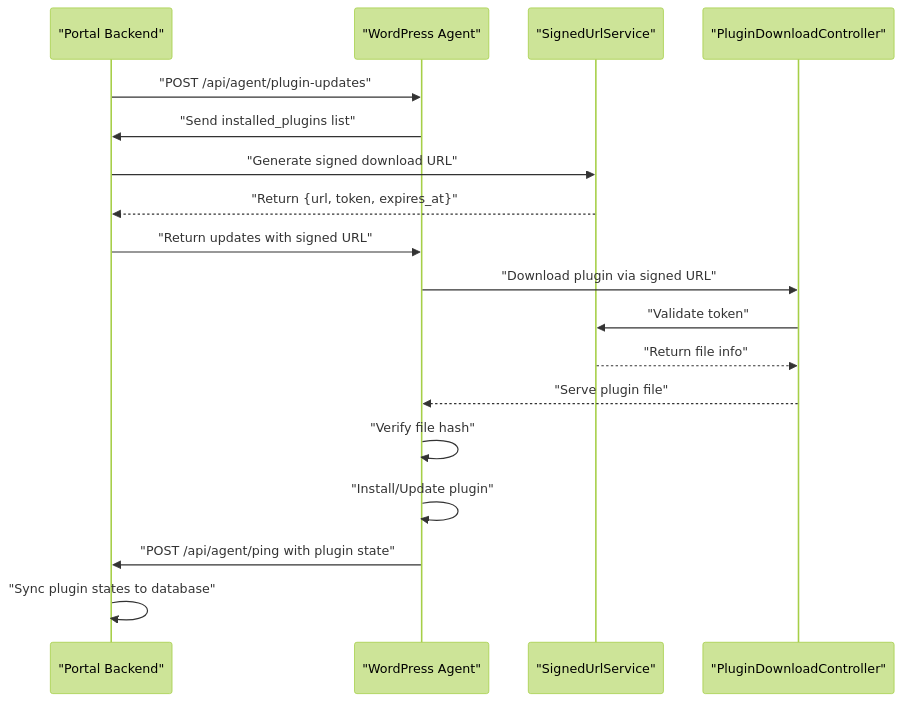
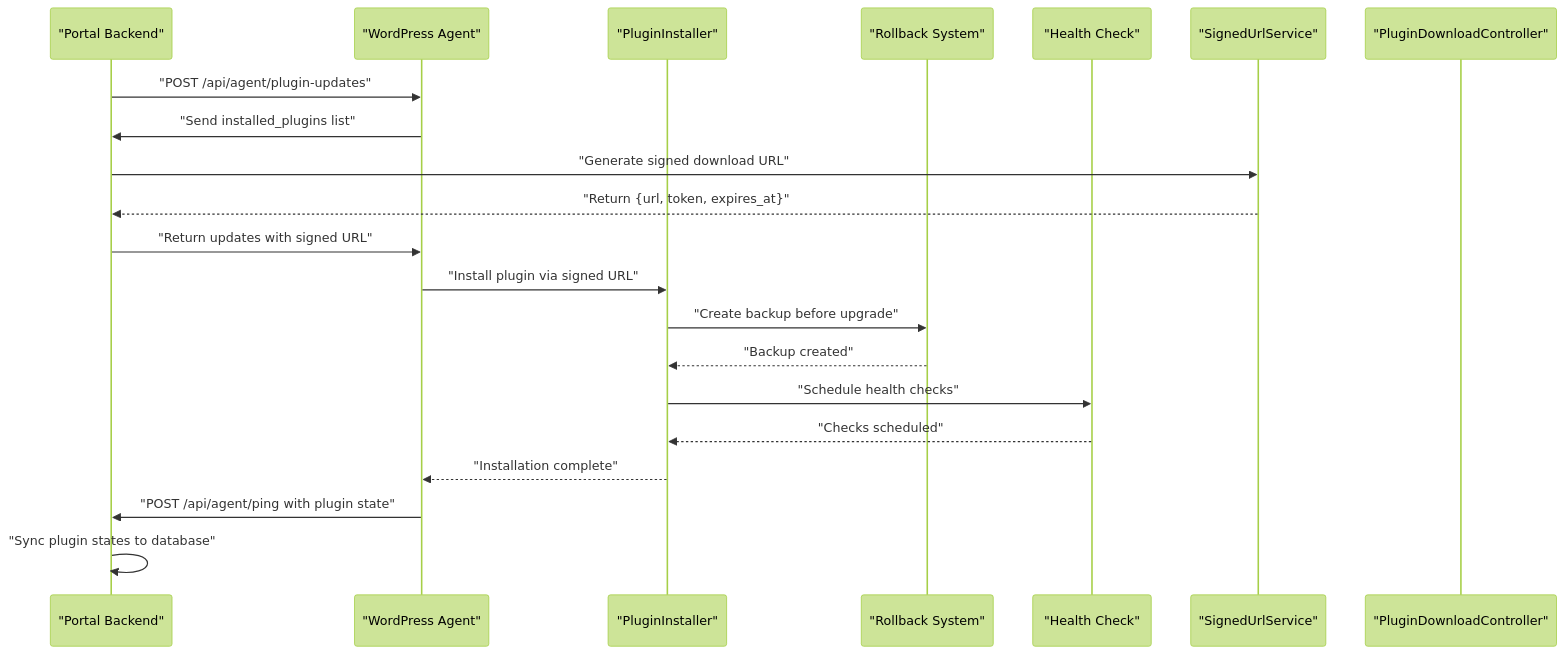
One commit to FCS-WP/website_portal changed diagram 16 of 18 in .qoder/repowiki/en/content/WordPress Agent Integration/WordPress Agent Integration.md. Above: the diagram before and after it, drawn with Mermaid (forest theme). The commit also changed other lines of this file and 37 other files, not shown here.

````diff
--- a/.qoder/repowiki/en/content/WordPress Agent Integration/WordPress Agent Integration.md
+++ b/.qoder/repowiki/en/content/WordPress Agent Integration/WordPress Agent Integration.md
@@ -359,20 +755,23 @@
 ```mermaid
 sequenceDiagram
 participant Portal as "Portal Backend"
 participant Agent as "WordPress Agent"
+participant Installer as "PluginInstaller"
+participant Rollback as "Rollback System"
+participant HealthCheck as "Health Check"
 participant SignedURL as "SignedUrlService"
 participant Download as "PluginDownloadController"
 Portal->>Agent : "POST /api/agent/plugin-updates"
 Agent->>Portal : "Send installed_plugins list"
 Portal->>SignedURL : "Generate signed download URL"
 SignedURL-->>Portal : "Return {url, token, expires_at}"
 Portal->>Agent : "Return updates with signed URL"
-Agent->>Download : "Download plugin via signed URL"
-Download->>SignedURL : "Validate token"
-SignedURL-->>Download : "Return file info"
-Download-->>Agent : "Serve plugin file"
-Agent->>Agent : "Verify file hash"
-Agent->>Agent : "Install/Update plugin"
+Agent->>Installer : "Install plugin via signed URL"
+Installer->>Rollback : "Create backup before upgrade"
+Rollback-->>Installer : "Backup created"
+Installer->>HealthCheck : "Schedule health checks"
+HealthCheck-->>Installer : "Checks scheduled"
+Installer-->>Agent : "Installation complete"
 Agent->>Portal : "POST /api/agent/ping with plugin state"
 Portal->>Portal : "Sync plugin states to database"
 ```
````
